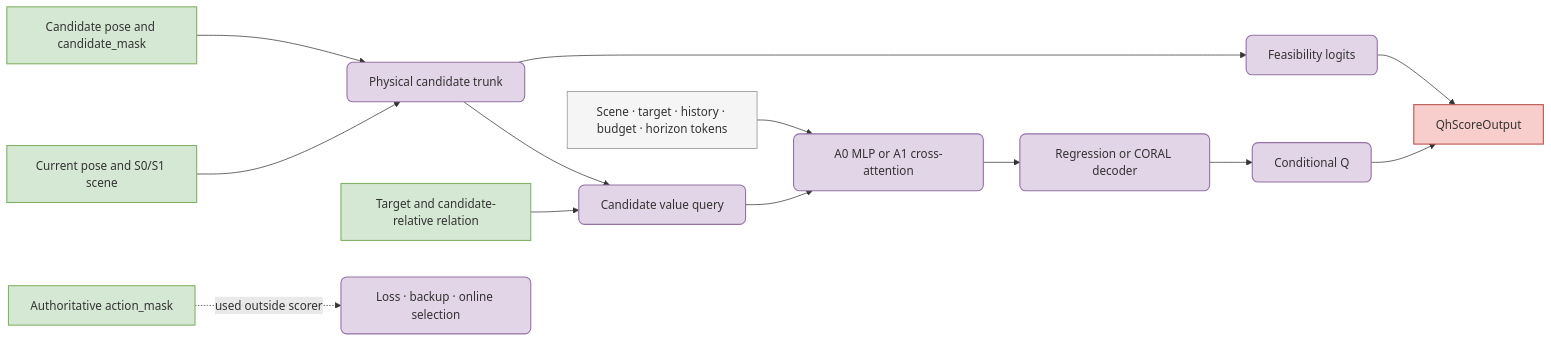
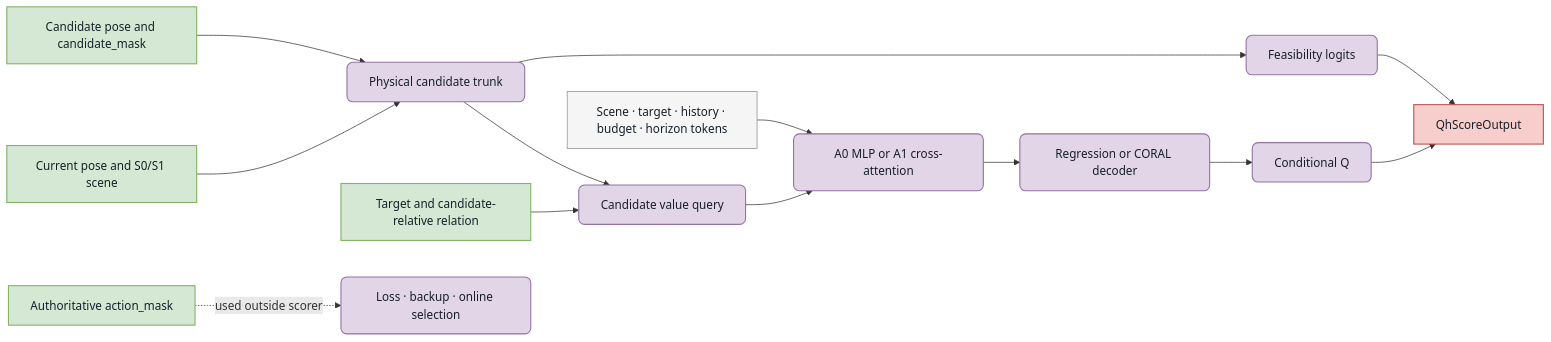
The diagram in aria_nbv/aria_nbv/vin/README.md (JanDuchscherer104/NBV), drawn with Mermaid before and after one commit.

Commit message:
docs: restore VIN diagram label contrast

````diff
--- a/aria_nbv/aria_nbv/vin/README.md
+++ b/aria_nbv/aria_nbv/vin/README.md
@@ -39,23 +39,23 @@
 ```mermaid
 flowchart LR
   C["Candidate pose and candidate_mask"] --> P["Physical candidate trunk"]
   S["Current pose and S0/S1 scene"] --> P
   P --> F["Feasibility logits"]
   P --> Q["Candidate value query"]
   T["Target and candidate-relative relation"] --> Q
   X["Scene · target · history · budget · horizon tokens"] --> A["A0 MLP or A1 cross-attention"]
   Q --> A --> D["Regression or CORAL decoder"]
   D --> V["Conditional Q"]
   F --> O["QhScoreOutput"]
   V --> O
   M["Authoritative action_mask"] -. "used outside scorer" .-> L["Loss · backup · online selection"]
 
-  classDef input fill:#D5E8D4,stroke:#82B366,stroke-width:1.5px,rx:0,ry:0;
-  classDef output fill:#F8CECC,stroke:#B85450,stroke-width:1.5px,rx:0,ry:0;
-  classDef compute fill:#E1D5E7,stroke:#9673A6,stroke-width:1.5px,rx:8,ry:8;
-  classDef data fill:#F5F5F5,stroke:#9E9E9E,stroke-width:1.2px,rx:0,ry:0;
+  classDef input fill:#D5E8D4,stroke:#82B366,color:#17202A,stroke-width:1.5px,rx:0,ry:0;
+  classDef output fill:#F8CECC,stroke:#B85450,color:#17202A,stroke-width:1.5px,rx:0,ry:0;
+  classDef compute fill:#E1D5E7,stroke:#9673A6,color:#17202A,stroke-width:1.5px,rx:8,ry:8;
+  classDef data fill:#F5F5F5,stroke:#9E9E9E,color:#17202A,stroke-width:1.2px,rx:0,ry:0;
   class C,S,T,M input;
   class P,Q,A,D,F,V,L compute;
   class X data;
   class O output;
 ```
````
